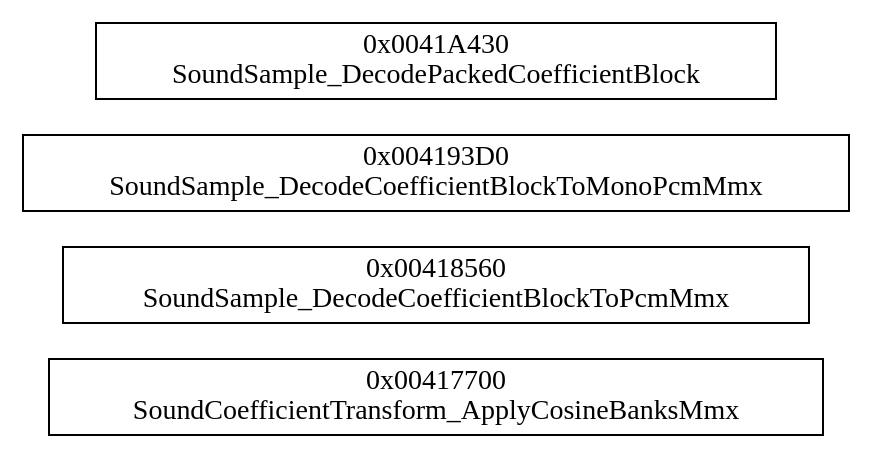
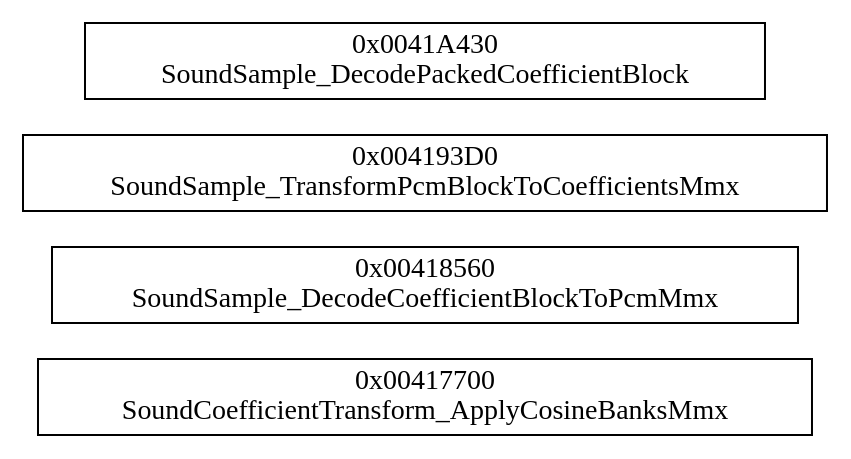
One commit to idkFoxes/open-thandor changed the diagram in docs/callgraphs/audio/codec/sam.dot. Above: the diagram before and after it, drawn with Graphviz. The commit also changed 48 other files, not shown here.

```diff
--- a/docs/callgraphs/audio/codec/sam.dot
+++ b/docs/callgraphs/audio/codec/sam.dot
@@ -1,8 +1,8 @@
 digraph thandor {
   rankdir=LR;
   node [shape=box];
   "SoundCoefficientTransform_ApplyCosineBanksMmx" [label="0x00417700\nSoundCoefficientTransform_ApplyCosineBanksMmx"];
   "SoundSample_DecodeCoefficientBlockToPcmMmx" [label="0x00418560\nSoundSample_DecodeCoefficientBlockToPcmMmx"];
-  "SoundSample_DecodeCoefficientBlockToMonoPcmMmx" [label="0x004193D0\nSoundSample_DecodeCoefficientBlockToMonoPcmMmx"];
+  "SoundSample_TransformPcmBlockToCoefficientsMmx" [label="0x004193D0\nSoundSample_TransformPcmBlockToCoefficientsMmx"];
   "SoundSample_DecodePackedCoefficientBlock" [label="0x0041A430\nSoundSample_DecodePackedCoefficientBlock"];
 }
```
